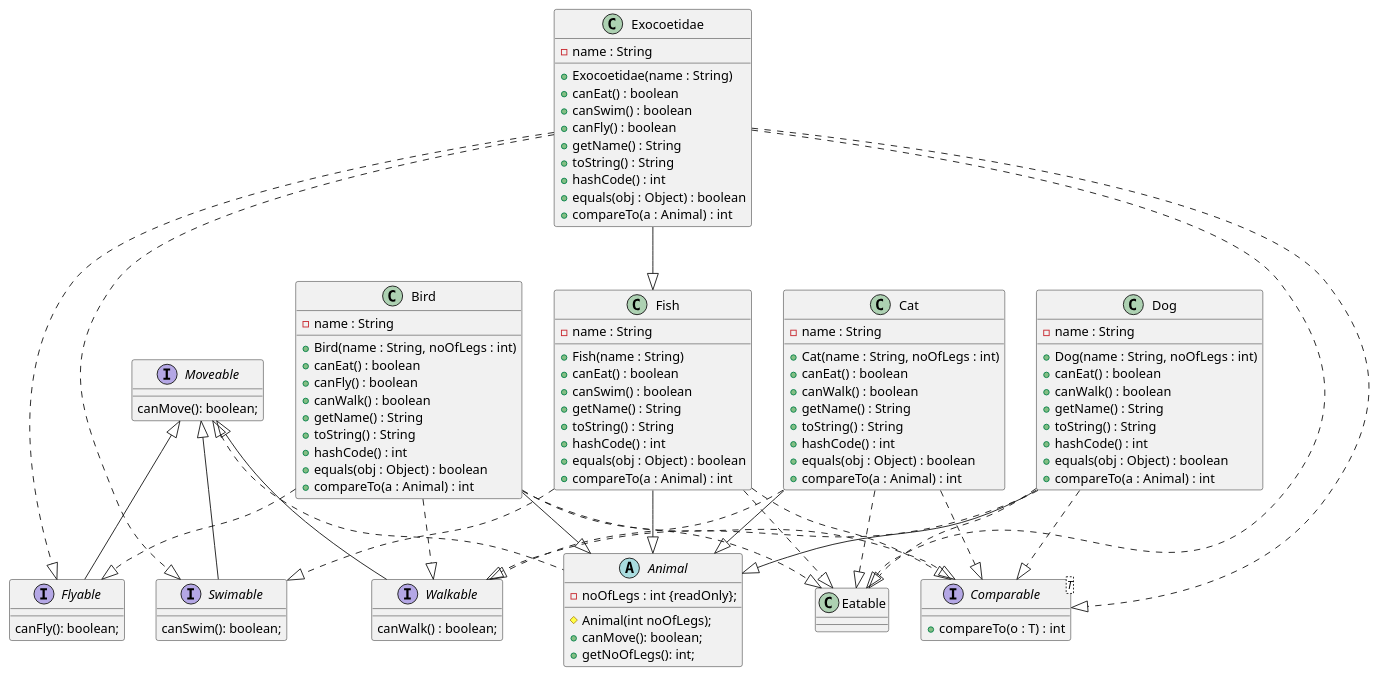
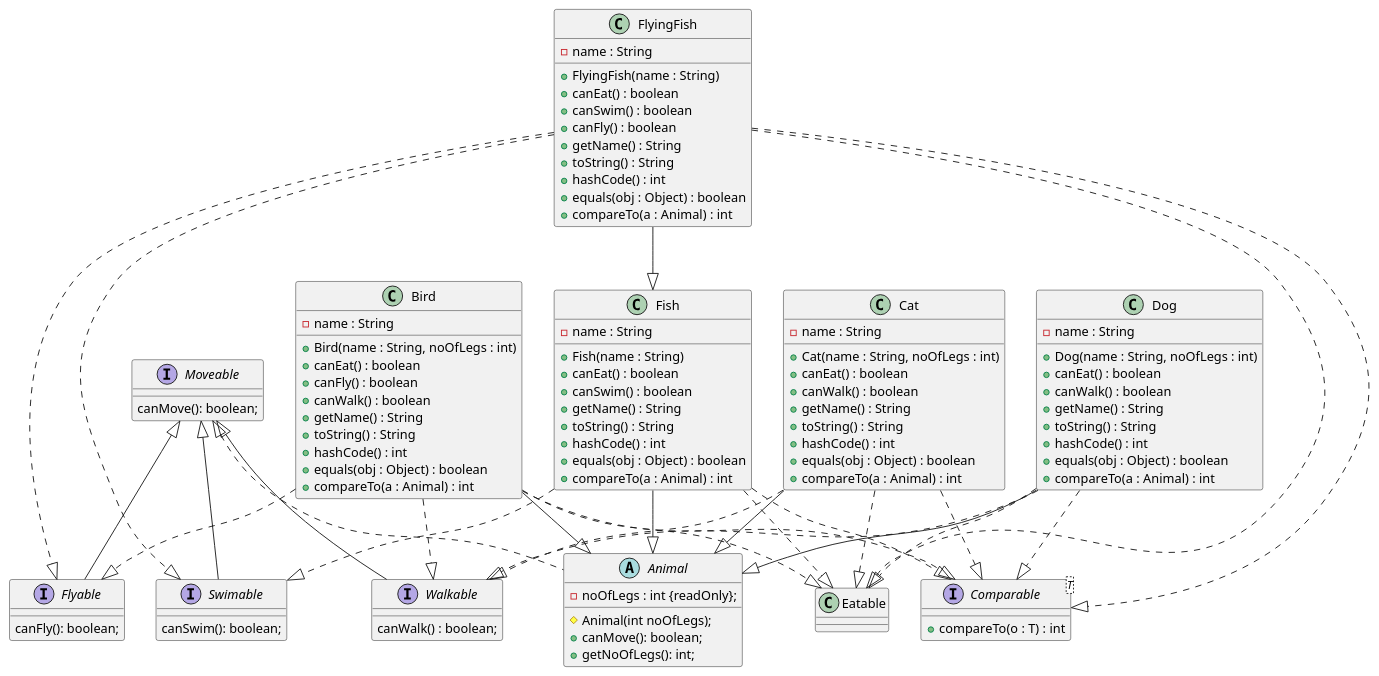
One commit to majidrouhani/idatt2003-inharitance-polymorphism-l6 changed the diagram in src/main/java/edu/ntnu/idatt2003/lectures/interfaces/animal/puml/animal.puml. Above: the diagram before and after it, drawn with PlantUML. The commit also changed 1 other file, not shown here.

Commit message:
renamed exovoetidae to flying fish

```diff
--- a/src/main/java/edu/ntnu/idatt2003/lectures/interfaces/animal/puml/animal.puml
+++ b/src/main/java/edu/ntnu/idatt2003/lectures/interfaces/animal/puml/animal.puml
@@ -1,120 +1,120 @@
 @startuml
 
 interface Moveable {
   canMove(): boolean;
 }
 
  abstract class Animal implements Moveable {
   - noOfLegs : int {readOnly};
   # Animal(int noOfLegs);
   + canMove(): boolean;
   + getNoOfLegs(): int;
 }
 
 interface Flyable extends Moveable {
   canFly(): boolean;
 }
 
 interface Swimable extends Moveable {
   canSwim(): boolean;
 }
 
 interface Walkable extends Moveable {
   canWalk() : boolean;
 }
 
 interface Comparable<T> {
   +compareTo(o : T) : int
 }
 
 class Bird {
   -name : String
   +Bird(name : String, noOfLegs : int)
   +canEat() : boolean
   +canFly() : boolean
   +canWalk() : boolean
   +getName() : String
   +toString() : String
   +hashCode() : int
   +equals(obj : Object) : boolean
   +compareTo(a : Animal) : int
 }
 
 Bird --|> Animal
 Bird ..|> Comparable
 Bird ..|> Walkable
 Bird ..|> Flyable
 Bird ..|> Eatable
 
 class Cat {
   -name : String
   +Cat(name : String, noOfLegs : int)
   +canEat() : boolean
   +canWalk() : boolean
   +getName() : String
   +toString() : String
   +hashCode() : int
   +equals(obj : Object) : boolean
   +compareTo(a : Animal) : int
 }
 
 Cat --|> Animal
 Cat ..|> Comparable
 Cat ..|> Walkable
 Cat ..|> Eatable
 
 class Dog {
   -name : String
   +Dog(name : String, noOfLegs : int)
   +canEat() : boolean
   +canWalk() : boolean
   +getName() : String
   +toString() : String
   +hashCode() : int
   +equals(obj : Object) : boolean
   +compareTo(a : Animal) : int
 }
 
 Dog --|> Animal
 Dog ..|> Comparable
 Dog ..|> Walkable
 Dog ..|> Eatable
 
 class Fish {
   -name : String
   +Fish(name : String)
   +canEat() : boolean
   +canSwim() : boolean
   +getName() : String
   +toString() : String
   +hashCode() : int
   +equals(obj : Object) : boolean
   +compareTo(a : Animal) : int
 }
 
 Fish --|> Animal
 Fish ..|> Comparable
 Fish ..|> Swimable
 Fish ..|> Eatable
 
-class Exocoetidae {
+class FlyingFish {
   -name : String
-  +Exocoetidae(name : String)
+  +FlyingFish(name : String)
   +canEat() : boolean
   +canSwim() : boolean
   +canFly() : boolean
   +getName() : String
   +toString() : String
   +hashCode() : int
   +equals(obj : Object) : boolean
   +compareTo(a : Animal) : int
 }
 
-Exocoetidae --|> Fish
-Exocoetidae ..|> Comparable
-Exocoetidae ..|> Swimable
-Exocoetidae ..|> Flyable
-Exocoetidae ..|> Eatable
+FlyingFish --|> Fish
+FlyingFish ..|> Comparable
+FlyingFish ..|> Swimable
+FlyingFish ..|> Flyable
+FlyingFish ..|> Eatable
 
 
 @enduml
```
